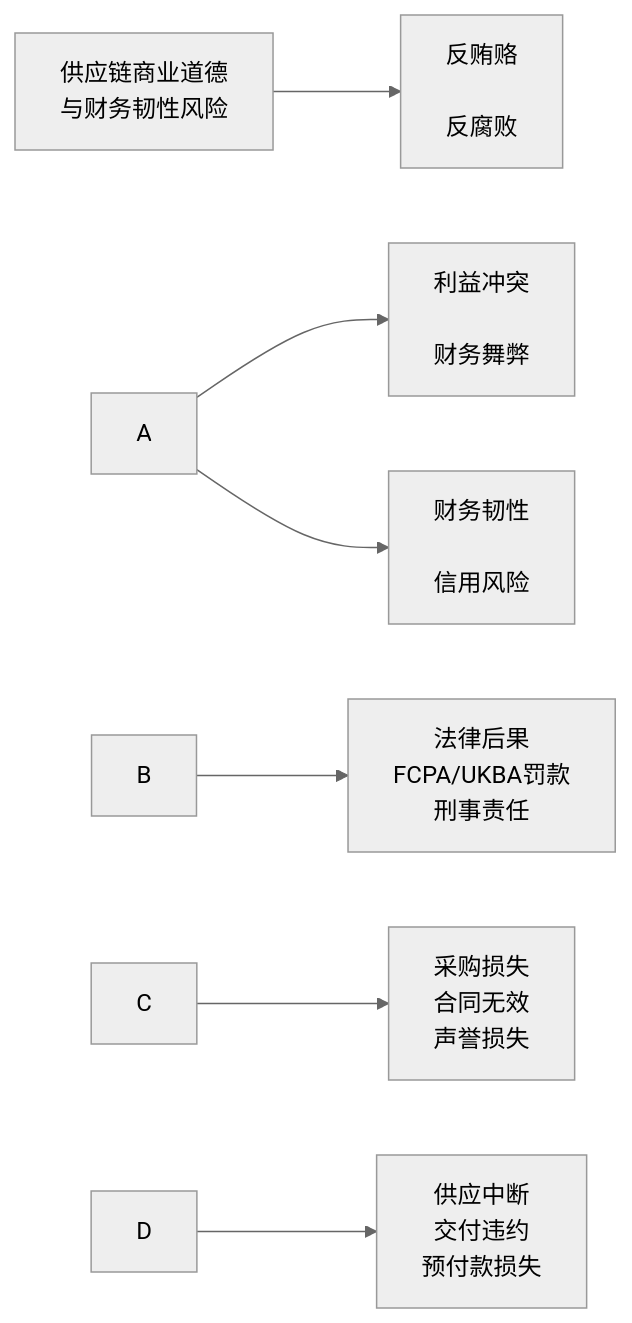
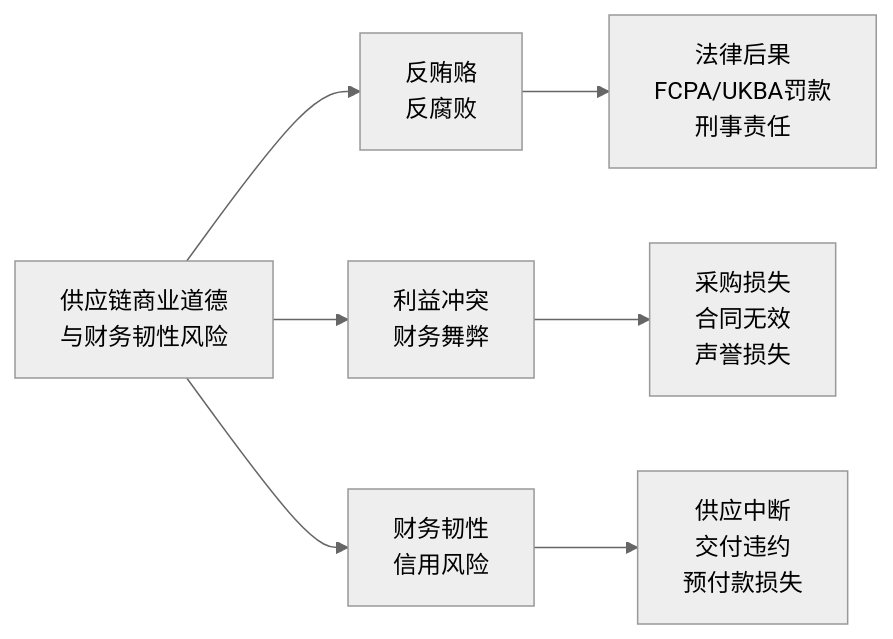
One commit to ddg-cn/ddg-site changed the first of 6 diagrams in docs/zh/ethics-guide.md. Above: the diagram before and after it, drawn with Mermaid (neutral theme). The commit also changed other lines of this file and 90 other files, not shown here.

````diff
--- a/docs/zh/ethics-guide.md
+++ b/docs/zh/ethics-guide.md
@@ -65,9 +65,9 @@
 ```mermaid
 flowchart LR
-    A\[供应链商业道德<br/>与财务韧性风险] --> B\[反贿赂<br/><br/>反腐败]
-    A --> C\[利益冲突<br/><br/>财务舞弊]
-    A --> D\[财务韧性<br/><br/>信用风险]
-    B --> B1\["法律后果<br/>FCPA/UKBA罚款<br/>刑事责任"]
-    C --> C1\["采购损失<br/>合同无效<br/>声誉损失"]
-    D --> D1\["供应中断<br/>交付违约<br/>预付款损失"]
+    A[供应链商业道德<br/>与财务韧性风险] --> B[反贿赂<br/>反腐败]
+    A --> C[利益冲突<br/>财务舞弊]
+    A --> D[财务韧性<br/>信用风险]
+    B --> B1["法律后果<br/>FCPA/UKBA罚款<br/>刑事责任"]
+    C --> C1["采购损失<br/>合同无效<br/>声誉损失"]
+    D --> D1["供应中断<br/>交付违约<br/>预付款损失"]
 ```
````
